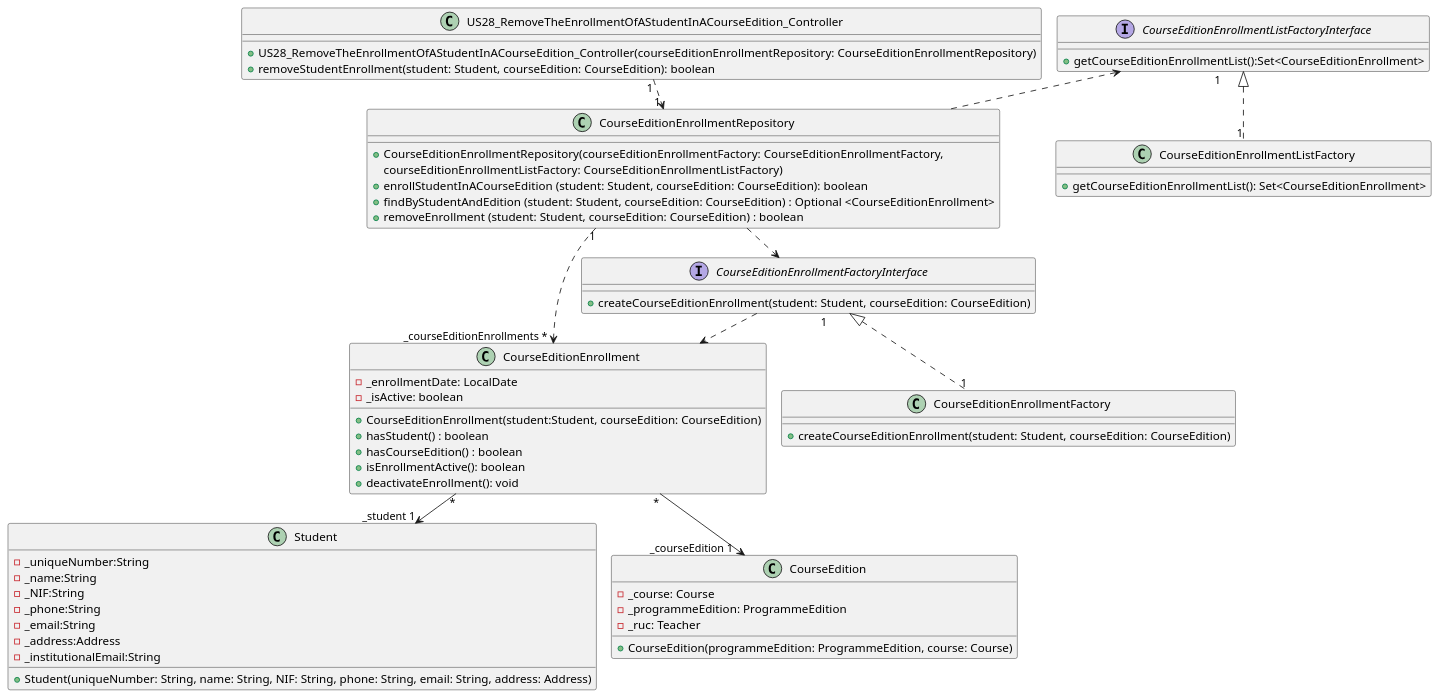
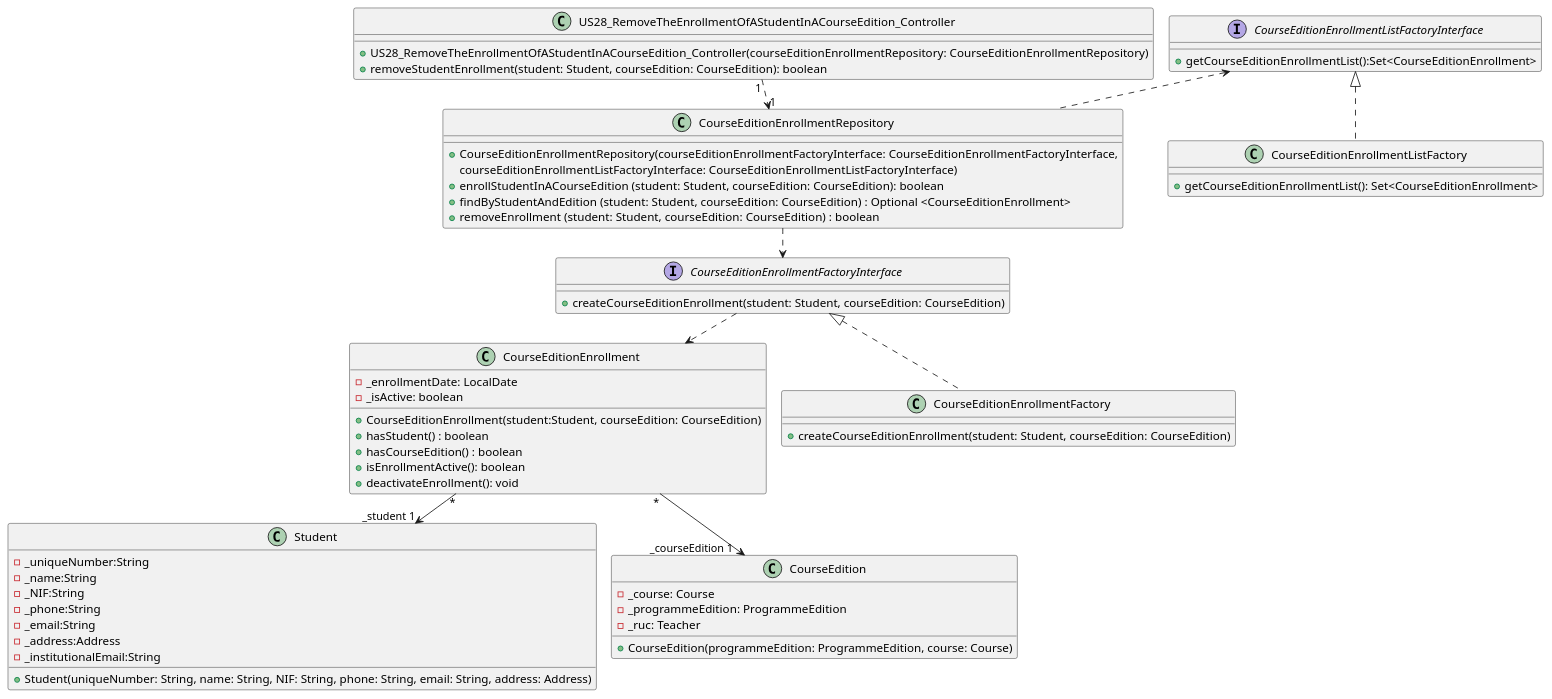
The diagram in docs/US28/US28_RemoveTheEnrollmentOfAStudentInACourseEdition_ClassDiagram.puml (GasparISEP/DevOps-PAI), drawn with PlantUML before and after one commit. The commit also changed 1 other file, not shown here.

Commit message:
Fix class relationships and cardinalities in US28_ClassDiagram and US28_ClassDiagramSimplified

```diff
--- a/docs/US28/US28_RemoveTheEnrollmentOfAStudentInACourseEdition_ClassDiagram.puml
+++ b/docs/US28/US28_RemoveTheEnrollmentOfAStudentInACourseEdition_ClassDiagram.puml
@@ -1,71 +1,70 @@
 @startuml
 !pragma layout smetana
 
 class US28_RemoveTheEnrollmentOfAStudentInACourseEdition_Controller {
     +US28_RemoveTheEnrollmentOfAStudentInACourseEdition_Controller(courseEditionEnrollmentRepository: CourseEditionEnrollmentRepository)
     +removeStudentEnrollment(student: Student, courseEdition: CourseEdition): boolean
 }
 
 class CourseEditionEnrollment {
     -_enrollmentDate: LocalDate
     -_isActive: boolean
     +CourseEditionEnrollment(student:Student, courseEdition: CourseEdition)
     +hasStudent() : boolean
     +hasCourseEdition() : boolean
     +isEnrollmentActive(): boolean
     +deactivateEnrollment(): void
 }
 
 class CourseEditionEnrollmentRepository {
-    +CourseEditionEnrollmentRepository(courseEditionEnrollmentFactory: CourseEditionEnrollmentFactory,
-    courseEditionEnrollmentListFactory: CourseEditionEnrollmentListFactory)
+    +CourseEditionEnrollmentRepository(courseEditionEnrollmentFactoryInterface: CourseEditionEnrollmentFactoryInterface,
+    courseEditionEnrollmentListFactoryInterface: CourseEditionEnrollmentListFactoryInterface)
     +enrollStudentInACourseEdition (student: Student, courseEdition: CourseEdition): boolean
     +findByStudentAndEdition (student: Student, courseEdition: CourseEdition) : Optional <CourseEditionEnrollment>
     +removeEnrollment (student: Student, courseEdition: CourseEdition) : boolean
 }
 
 class Student {
     -_uniqueNumber:String
     -_name:String
     -_NIF:String
     -_phone:String
     -_email:String
     -_address:Address
     -_institutionalEmail:String
     +Student(uniqueNumber: String, name: String, NIF: String, phone: String, email: String, address: Address)
 }
 
 class CourseEdition {
     -_course: Course
     -_programmeEdition: ProgrammeEdition
     -_ruc: Teacher
     +CourseEdition(programmeEdition: ProgrammeEdition, course: Course)
 }
 
 class CourseEditionEnrollmentFactory {
     +createCourseEditionEnrollment(student: Student, courseEdition: CourseEdition)
 }
 
 class CourseEditionEnrollmentListFactory{
 +getCourseEditionEnrollmentList(): Set<CourseEditionEnrollment>
 }
 
 interface CourseEditionEnrollmentFactoryInterface{
     +createCourseEditionEnrollment(student: Student, courseEdition: CourseEdition)
 }
 interface CourseEditionEnrollmentListFactoryInterface{
 +getCourseEditionEnrollmentList():Set<CourseEditionEnrollment>
 }
 
 
 CourseEditionEnrollment "*" --> "_student 1" Student
 CourseEditionEnrollment "*" --> "_courseEdition 1    " CourseEdition
-CourseEditionEnrollmentRepository"1"..> "    _courseEditionEnrollments *  "CourseEditionEnrollment
 US28_RemoveTheEnrollmentOfAStudentInACourseEdition_Controller "1" ..> "1 " CourseEditionEnrollmentRepository
-CourseEditionEnrollmentFactoryInterface "1        " <|.. "1" CourseEditionEnrollmentFactory
-CourseEditionEnrollmentListFactoryInterface "1        " <|.. "1" CourseEditionEnrollmentListFactory
+CourseEditionEnrollmentFactoryInterface  <|..  CourseEditionEnrollmentFactory
+CourseEditionEnrollmentListFactoryInterface  <|..  CourseEditionEnrollmentListFactory
 CourseEditionEnrollmentRepository ..> CourseEditionEnrollmentFactoryInterface
 CourseEditionEnrollmentFactoryInterface ..> CourseEditionEnrollment
 CourseEditionEnrollmentRepository .u.> CourseEditionEnrollmentListFactoryInterface
 
 @enduml
```
